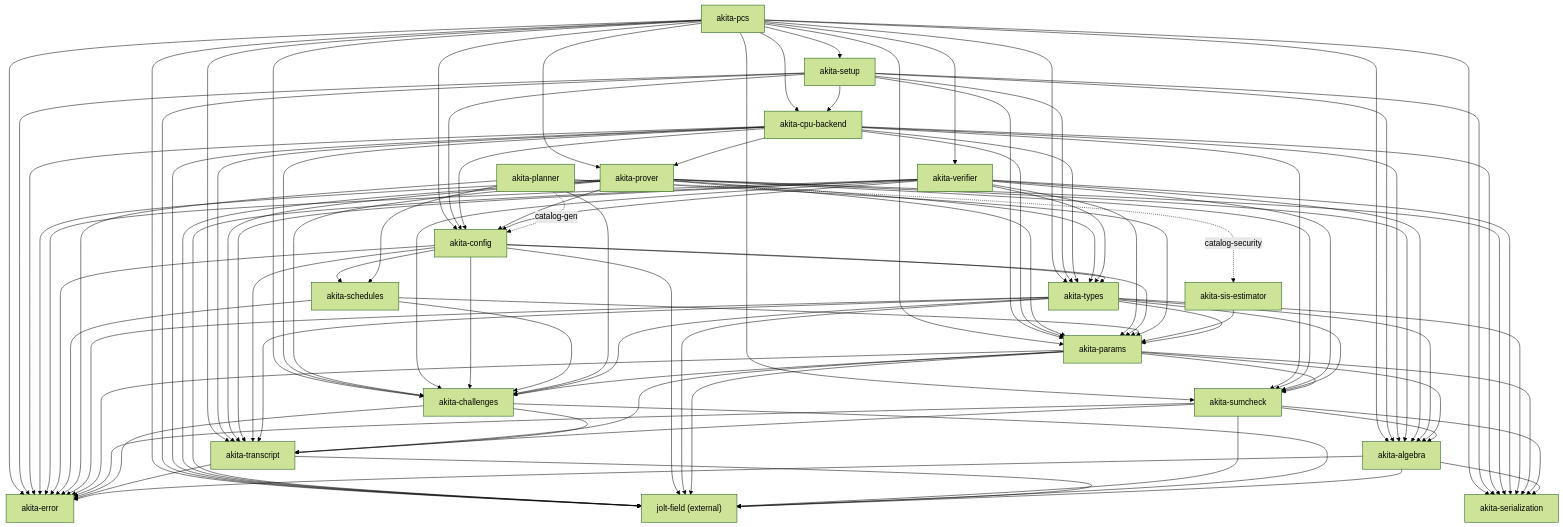
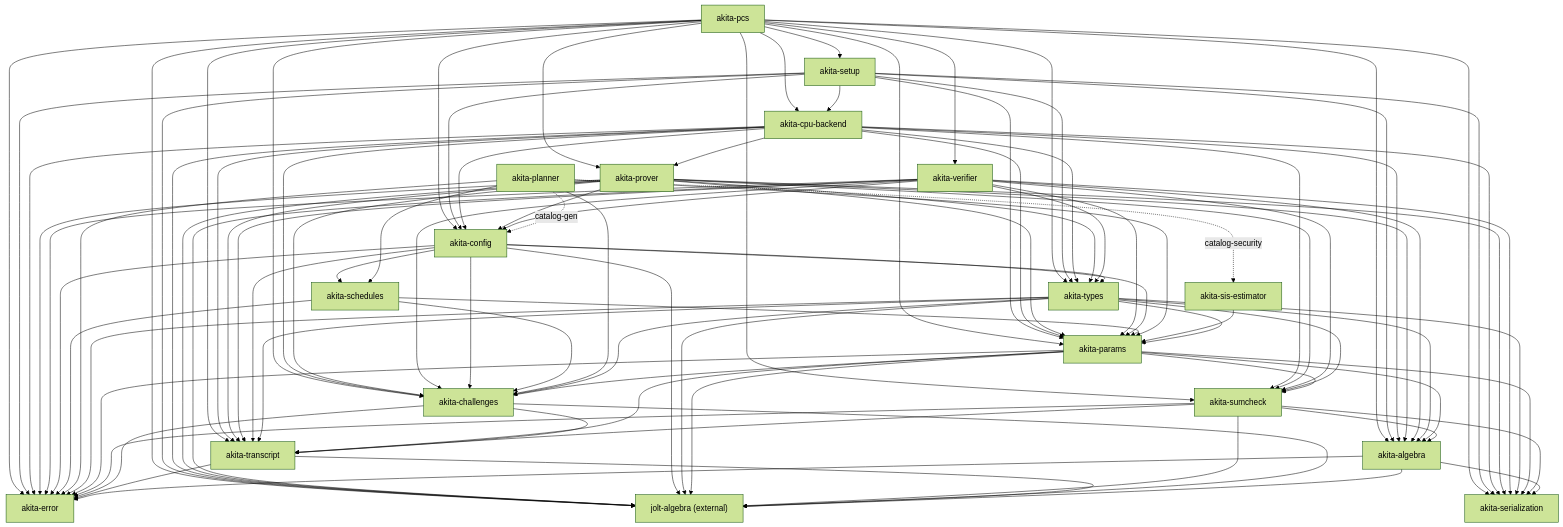
The diagram in docs/crate-graph.md (LayerZero-Labs/akita), drawn with Mermaid (forest theme) before and after one commit. The commit also changed other lines of this file and 505 other files, not shown here.

First line of the commit message:
build: depend on jolt-algebra instead of the jolt-field re-export

```diff
--- a/docs/crate-graph.md
+++ b/docs/crate-graph.md
@@ -38,7 +38,7 @@
 graph TD
   Error["akita-error"]
   Ser["akita-serialization"]
-  Field["jolt-field (external)"]
+  Field["jolt-algebra (external)"]
   Algebra["akita-algebra"]
   Transcript["akita-transcript"]
   Challenges["akita-challenges"]
```
